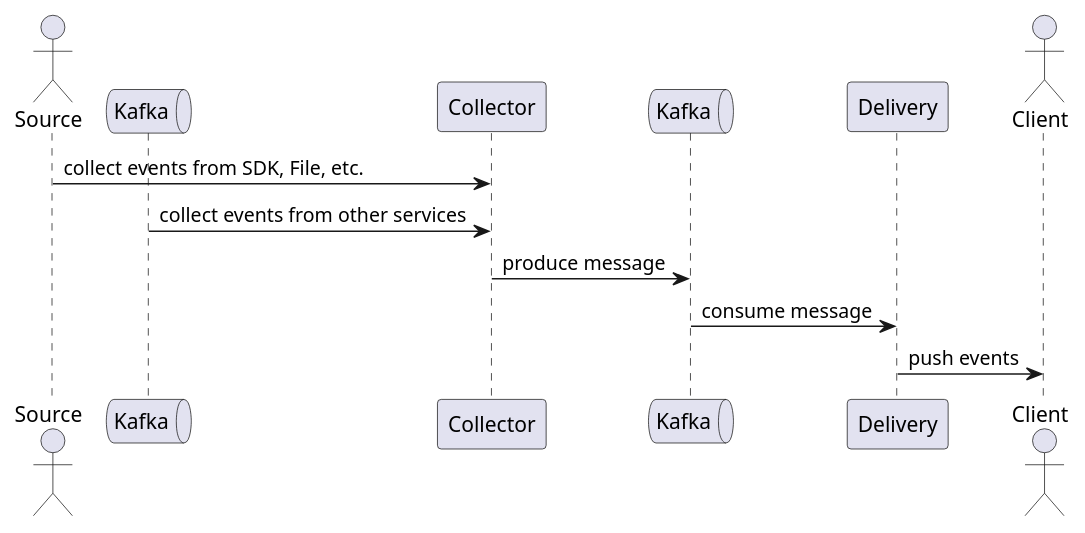
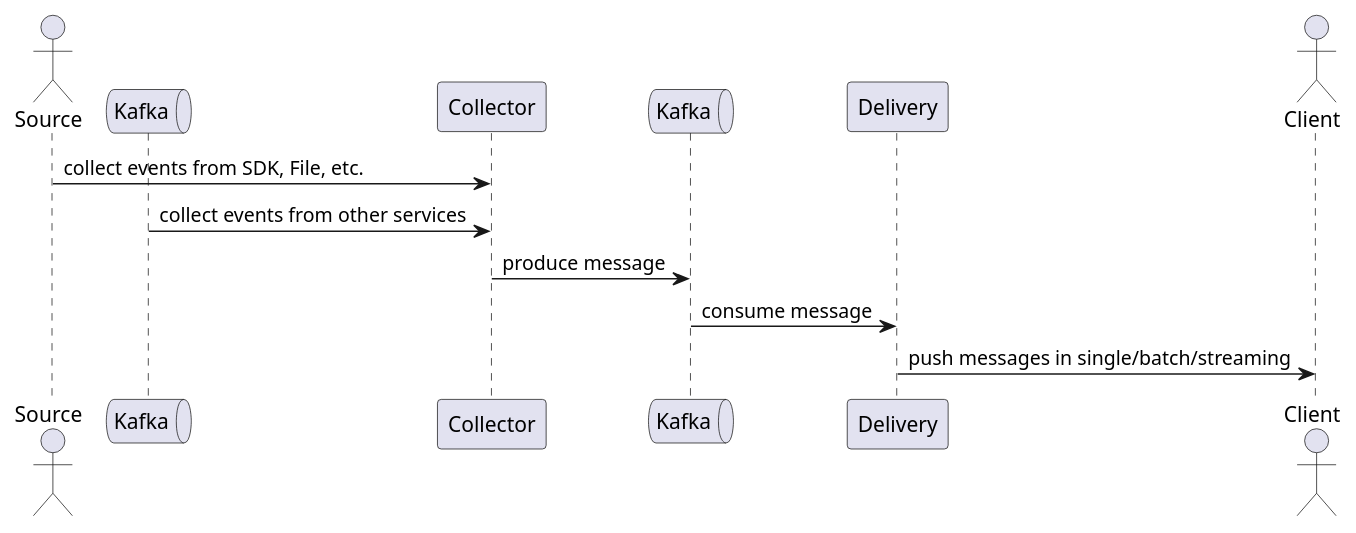
The diagram in docs/overview.puml (lamngo-mck/message-delivery), drawn with PlantUML before and after one commit. The commit also changed 14 other files, not shown here.

```diff
--- a/docs/overview.puml
+++ b/docs/overview.puml
@@ -1,16 +1,16 @@
 @startuml
 
 actor Source
 queue Kafka as EventSource
 participant Collector
 queue Kafka as EventProcessor
 participant Delivery
 actor Client
 
 Source -> Collector: collect events from SDK, File, etc.
 EventSource -> Collector: collect events from other services
 Collector -> EventProcessor: produce message
 EventProcessor -> Delivery: consume message
-Delivery -> Client: push events
+Delivery -> Client: push messages in single/batch/streaming
 
 @enduml
```
